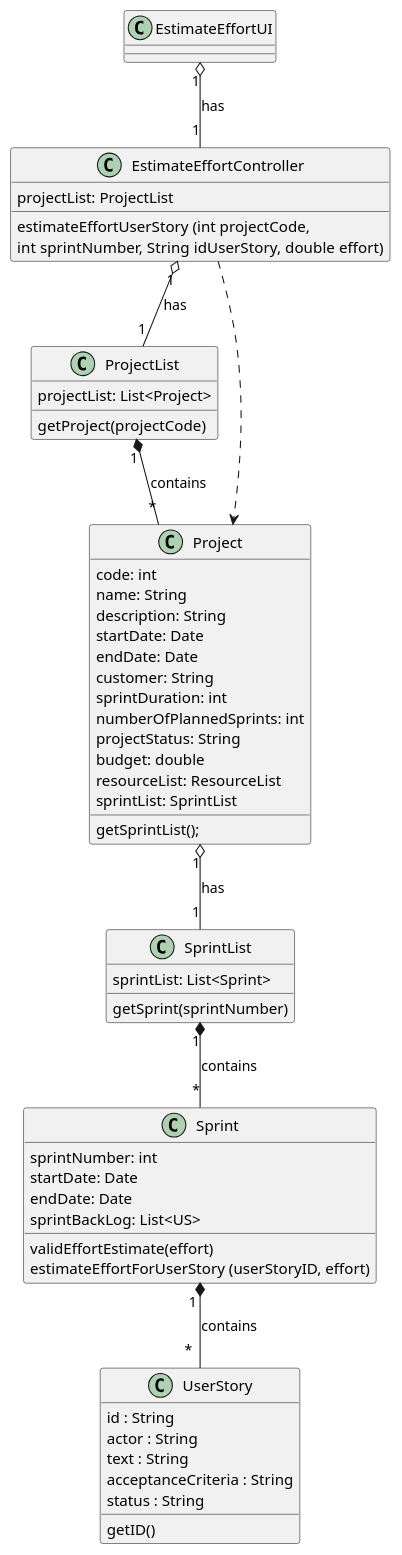
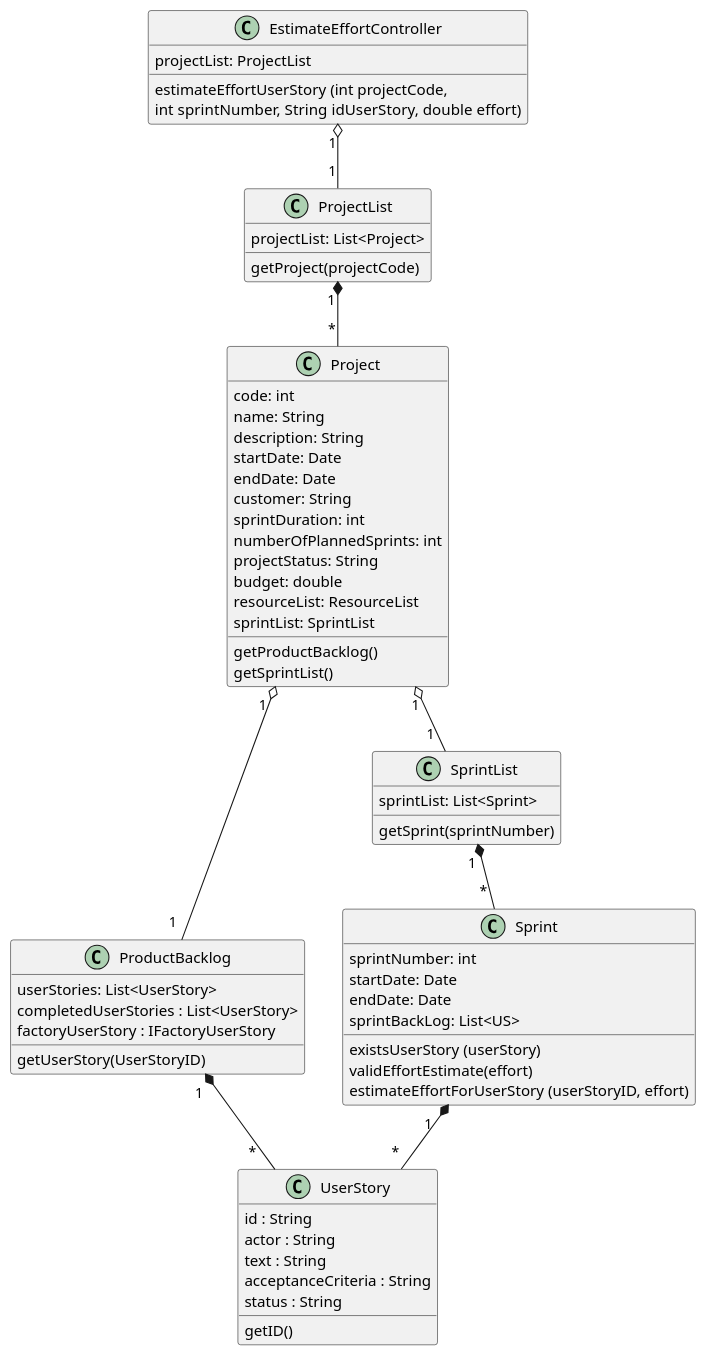
One commit to ivo-menezes/project_g3 changed the diagram in docs/modelling_design/user_stories/us021/US021_EstimateEffortUserStoryCD.puml. Above: the diagram before and after it, drawn with PlantUML.

Commit message:
US021: Design: US021_EstimateEffortUserStoryCD updated

```diff
--- a/docs/modelling_design/user_stories/us021/US021_EstimateEffortUserStoryCD.puml
+++ b/docs/modelling_design/user_stories/us021/US021_EstimateEffortUserStoryCD.puml
@@ -1,63 +1,70 @@
 @startuml
 
-class EstimateEffortUI {
-}
 
 class EstimateEffortController {
 projectList: ProjectList
 estimateEffortUserStory (int projectCode, \nint sprintNumber, String idUserStory, double effort)
 }
 
 class ProjectList {
 projectList: List<Project>
 getProject(projectCode)
 }
 
 class Project {
 code: int
 name: String
 description: String
 startDate: Date
 endDate: Date
 customer: String
 sprintDuration: int
 numberOfPlannedSprints: int
 projectStatus: String
 budget: double
 resourceList: ResourceList
 sprintList: SprintList
-getSprintList();
+getProductBacklog()
+getSprintList()
+}
+
+class ProductBacklog {
+userStories: List<UserStory>
+completedUserStories : List<UserStory>
+factoryUserStory : IFactoryUserStory
+getUserStory(UserStoryID)
 }
 
 class SprintList {
 sprintList: List<Sprint>
 getSprint(sprintNumber)
 }
 
 class Sprint {
 sprintNumber: int
 startDate: Date
 endDate: Date
 sprintBackLog: List<US>
+existsUserStory (userStory)
 validEffortEstimate(effort)
 estimateEffortForUserStory (userStoryID, effort)
 }
 
 class UserStory {
 id : String
 actor : String
 text : String
 acceptanceCriteria : String
 status : String
 getID()
 }
 
-EstimateEffortUI "1" o--  "1" EstimateEffortController: has
-EstimateEffortController "1" o-- "1" ProjectList: has
-ProjectList "1" *-- "*" Project: contains
-Project "1" o-- "1" SprintList: has
-SprintList "1" *-- "*" Sprint: contains
-Sprint "1 " *-- " *  " UserStory : contains
-EstimateEffortController ..> Project
+EstimateEffortController "      1" o-- "      1" ProjectList
+ProjectList "       1" *-- "                     *" Project
+Project "                             1 " o-- "1  " ProductBacklog
+ProductBacklog "1  " *-- "                                              * " UserStory
+Project "1" o-- "                       1" SprintList
+SprintList "              1" *-- "                                *" Sprint
+Sprint "                                            1 "*-- " *  " UserStory
 
 @enduml
```
